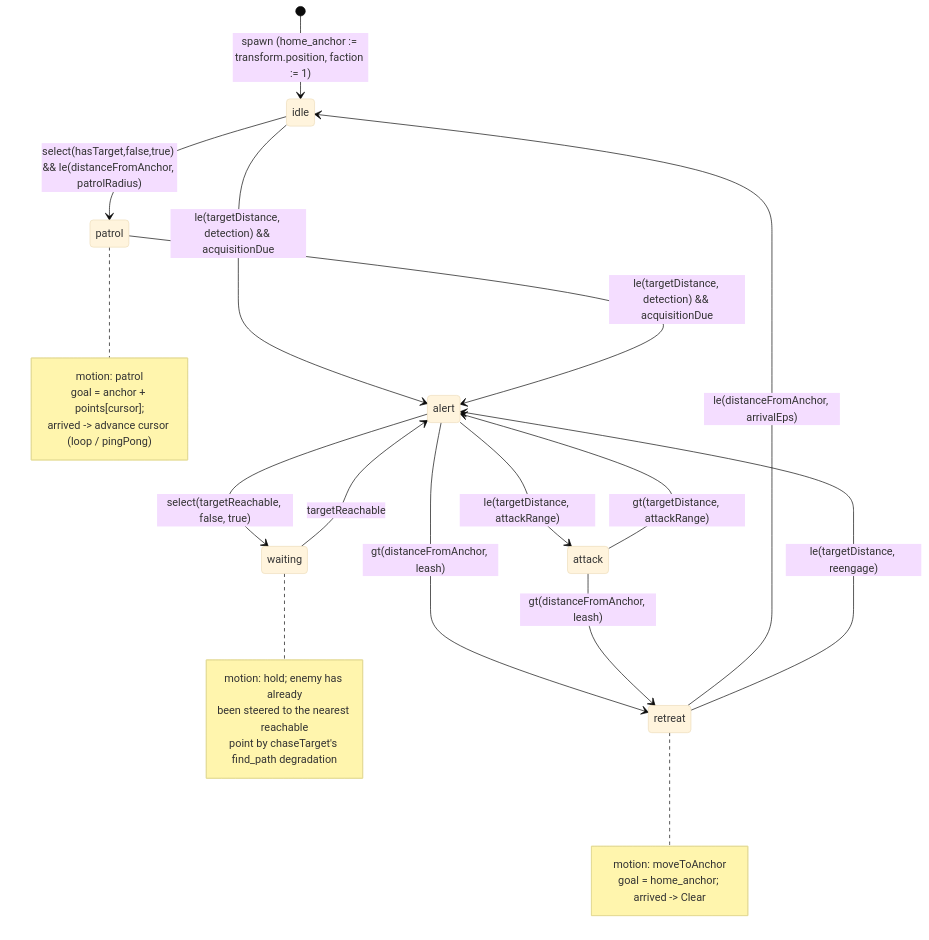
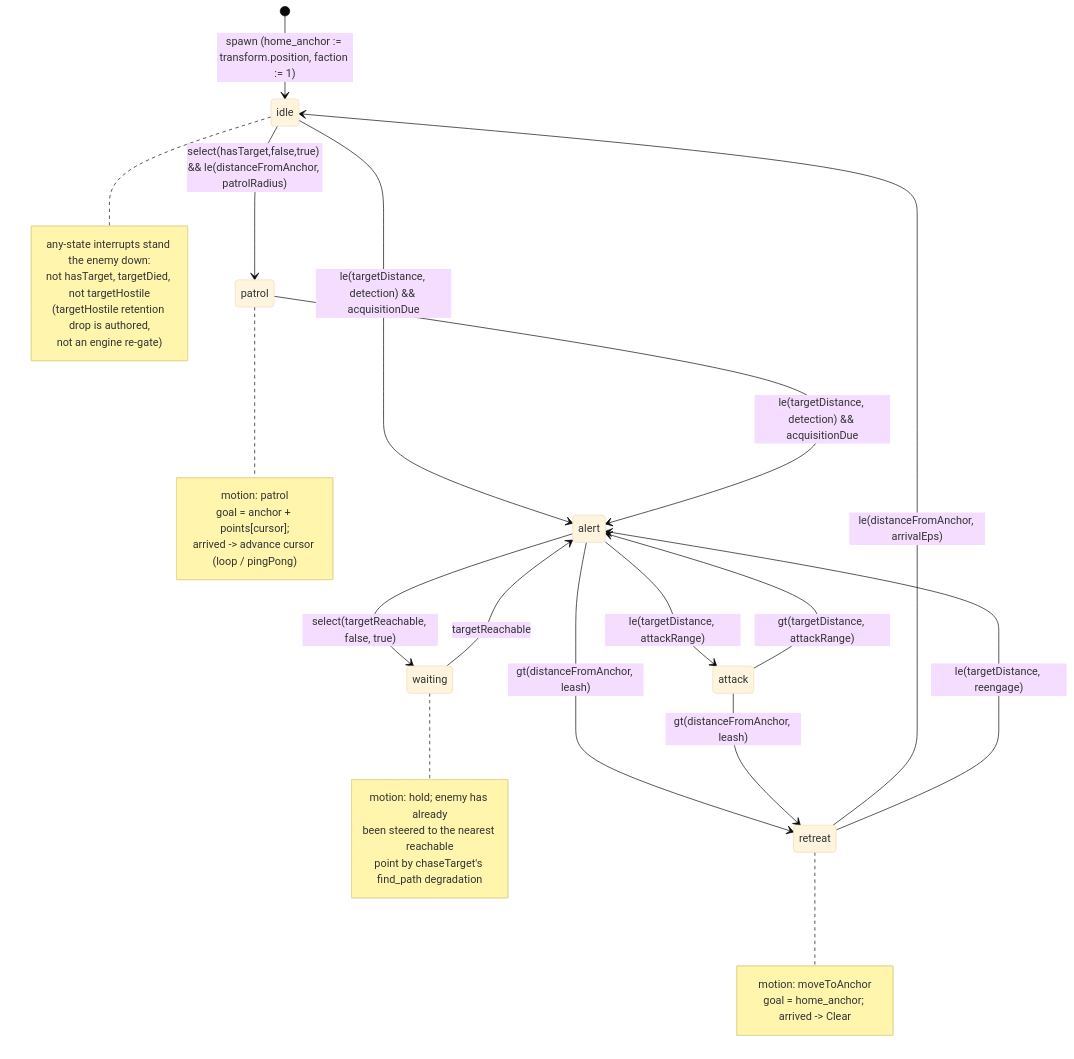
Before and after one commit to majtom2grndctrl/postretro: the first of 2 diagrams in context/plans/drafts/E10--enemy-behavior-descriptor-syntax/research.md, drawn with Mermaid (base theme). The commit also changed other lines of this file and 1 other file, not shown here.

````diff
--- a/context/plans/drafts/E10--enemy-behavior-descriptor-syntax/research.md
+++ b/context/plans/drafts/E10--enemy-behavior-descriptor-syntax/research.md
@@ -116,29 +133,35 @@
 ```mermaid
 stateDiagram-v2
     [*] --> idle : spawn (home_anchor := transform.position, faction := 1)
     idle --> alert : le(targetDistance, detection) && acquisitionDue
     alert --> attack : le(targetDistance, attackRange)
     attack --> alert : gt(targetDistance, attackRange)
     alert --> retreat : gt(distanceFromAnchor, leash)
     attack --> retreat : gt(distanceFromAnchor, leash)
     retreat --> idle : le(distanceFromAnchor, arrivalEps)
     retreat --> alert : le(targetDistance, reengage)
     alert --> waiting : select(targetReachable, false, true)
     waiting --> alert : targetReachable
     idle --> patrol : select(hasTarget,false,true) && le(distanceFromAnchor, patrolRadius)
     patrol --> alert : le(targetDistance, detection) && acquisitionDue
     note right of retreat
       motion: moveToAnchor
       goal = home_anchor; arrived -> Clear
     end note
     note right of patrol
       motion: patrol
       goal = anchor + points[cursor];
       arrived -> advance cursor (loop / pingPong)
     end note
     note right of waiting
       motion: hold; enemy has already
       been steered to the nearest reachable
       point by chaseTarget's find_path degradation
     end note
+    note right of idle
+      any-state interrupts stand the enemy down:
+      not hasTarget, targetDied, not targetHostile
+      (targetHostile retention drop is authored,
+      not an engine re-gate)
+    end note
 ```
````
